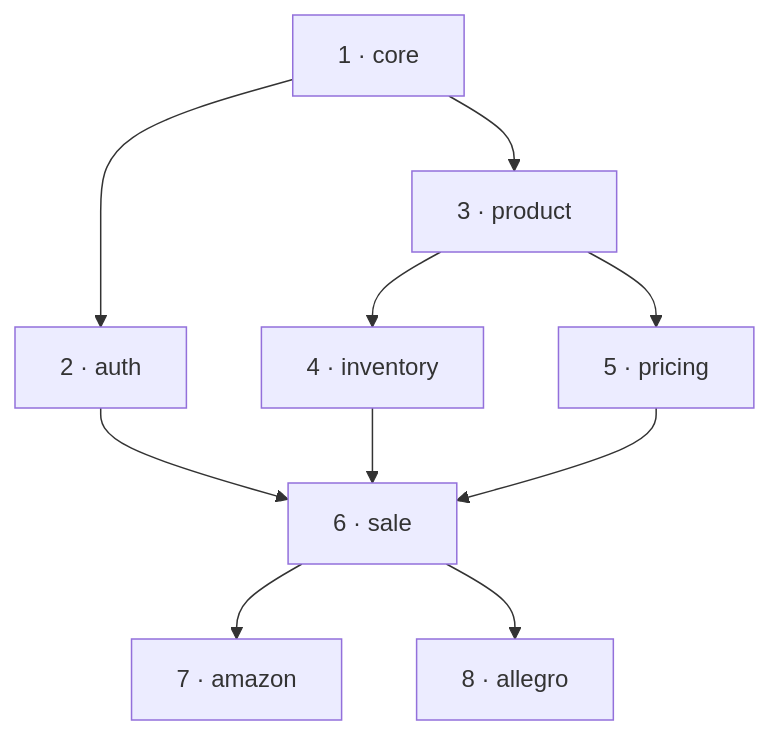
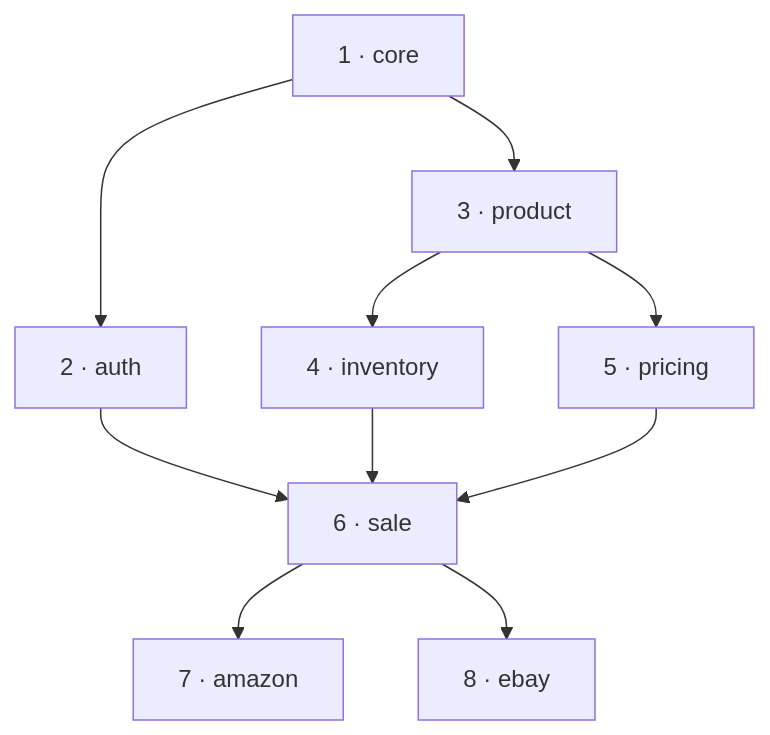
Before and after one commit to happenv-com/laravel-true-modular: the diagram in README.md, drawn with Mermaid. The commit also changed other lines of this file and 3 other files, not shown here.

````diff
--- a/README.md
+++ b/README.md
@@ -69,12 +83,12 @@
 ```mermaid
 graph TD
     core["1 · core"] --> auth["2 · auth"]
     core --> product["3 · product"]
     product --> inventory["4 · inventory"]
     product --> pricing["5 · pricing"]
     auth --> sale
     inventory --> sale["6 · sale"]
     pricing --> sale
     sale --> amazon["7 · amazon"]
-    sale --> allegro["8 · allegro"]
+    sale --> ebay["8 · ebay"]
 ```
````
